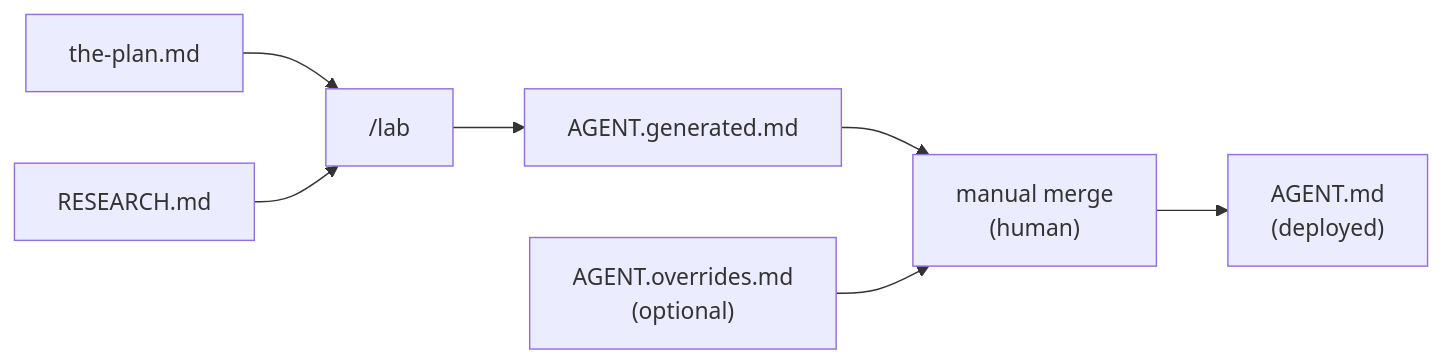
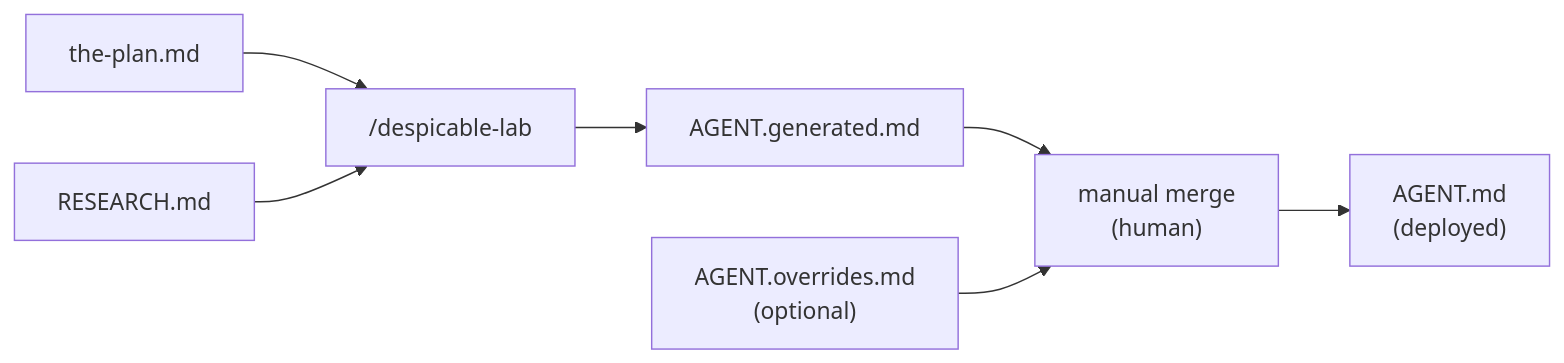
One commit to benpeter/despicable-agents changed the diagram in docs/agent-anatomy.md. Above: the diagram before and after it, drawn with Mermaid. The commit also changed other lines of this file and 13 other files, not shown here.

Commit message:
rename(lab): rename /lab skill to /despicable-lab for naming consistency

````diff
--- a/docs/agent-anatomy.md
+++ b/docs/agent-anatomy.md
@@ -98,9 +98,9 @@
 ```mermaid
 flowchart LR
-    A["the-plan.md"] --> C["/lab"]
+    A["the-plan.md"] --> C["/despicable-lab"]
     B["RESEARCH.md"] --> C
     C --> D["AGENT.generated.md"]
     D --> F["manual merge<br/>(human)"]
     E["AGENT.overrides.md<br/>(optional)"] --> F
     F --> G["AGENT.md<br/>(deployed)"]
 ```
````
